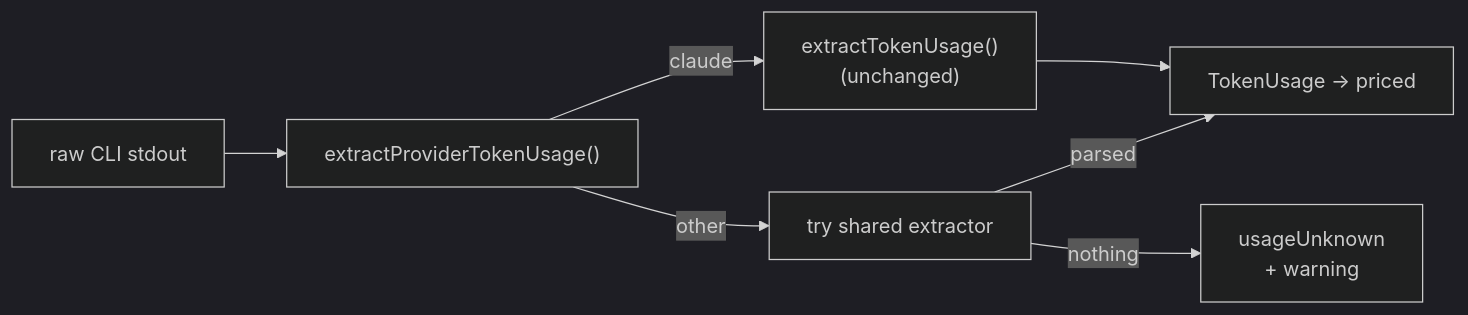
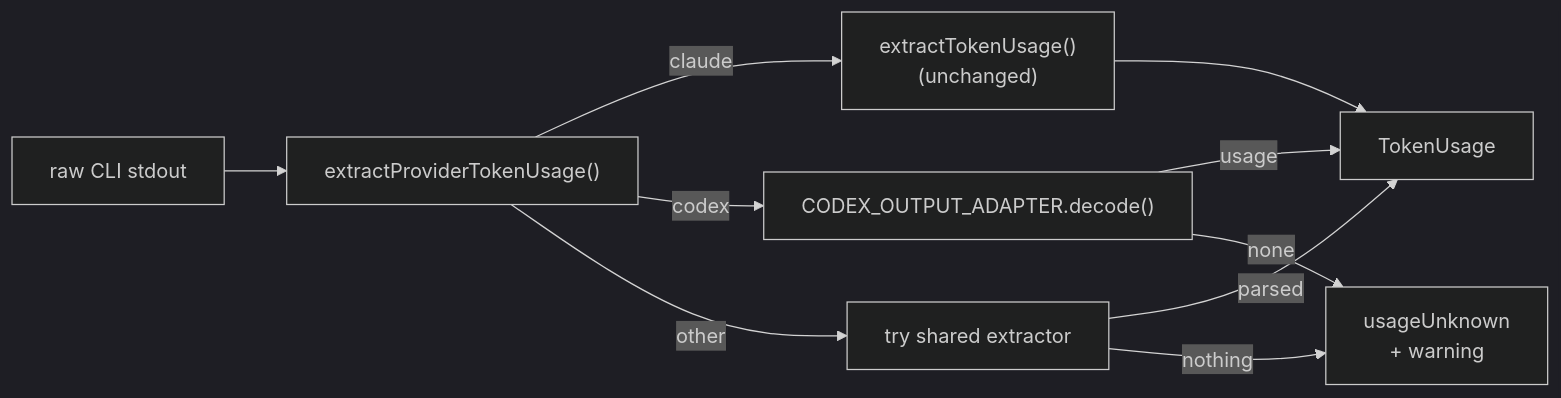
One commit to stSoftwareAU/VibeCoder changed diagram 12 of 13 in docs/MODEL-AND-CACHING.md. Above: the diagram before and after it, drawn with Mermaid (dark theme). The commit also changed other lines of this file and 26 other files, not shown here.

First line of the commit message:
Give Codex issue-specific session resume, measured usage, and stdin/MCP parity (Issues #1699, #1701, #1702)

````diff
--- a/docs/MODEL-AND-CACHING.md
+++ b/docs/MODEL-AND-CACHING.md
@@ -2019,9 +2031,12 @@
 ```mermaid
 flowchart LR
     R["raw CLI stdout"] --> X["extractProviderTokenUsage()"]
     X -->|claude| C["extractTokenUsage()<br/>(unchanged)"]
+    X -->|codex| D["CODEX_OUTPUT_ADAPTER.decode()"]
     X -->|other| T["try shared extractor"]
-    T -->|parsed| U["TokenUsage → priced"]
-    T -->|nothing| W["usageUnknown<br/>+ warning"]
+    D -->|usage| U["TokenUsage"]
+    D -->|none| W["usageUnknown<br/>+ warning"]
+    T -->|parsed| U
+    T -->|nothing| W
     C --> U
 ```
````
